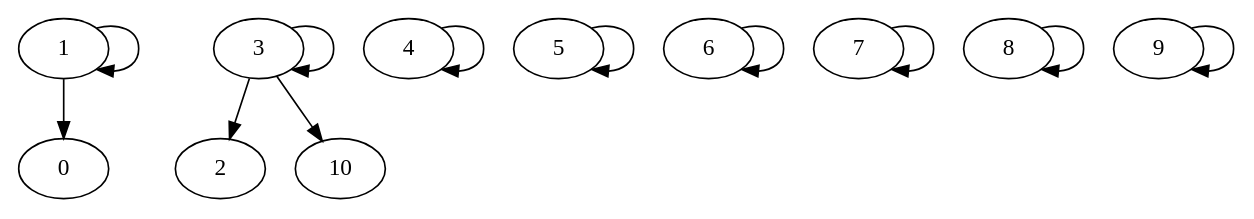
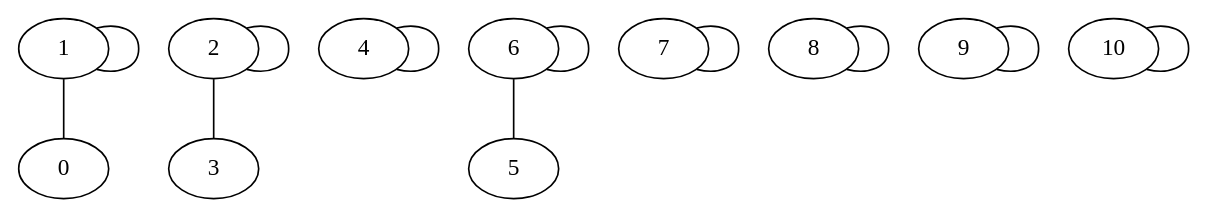
One commit to evlrs/Labyrinthe changed the diagram in partition/Evan/graph_partition_evan.dot. Above: the diagram before and after it, drawn with Graphviz. The commit also changed 16 other files, not shown here.

```diff
--- a/partition/Evan/graph_partition_evan.dot
+++ b/partition/Evan/graph_partition_evan.dot
@@ -1,13 +1,13 @@
-digraph {
-    1->0;
-    1->1;
-    3->2;
-    3->3;
-    4->4;
-    5->5;
-    6->6;
-    7->7;
-    8->8;
-    9->9;
-    3->10;
+graph {
+    1--0;
+    1--1;
+    2--2;
+    2--3;
+    4--4;
+    6--5;
+    6--6;
+    7--7;
+    8--8;
+    9--9;
+    10--10;
 }
```
